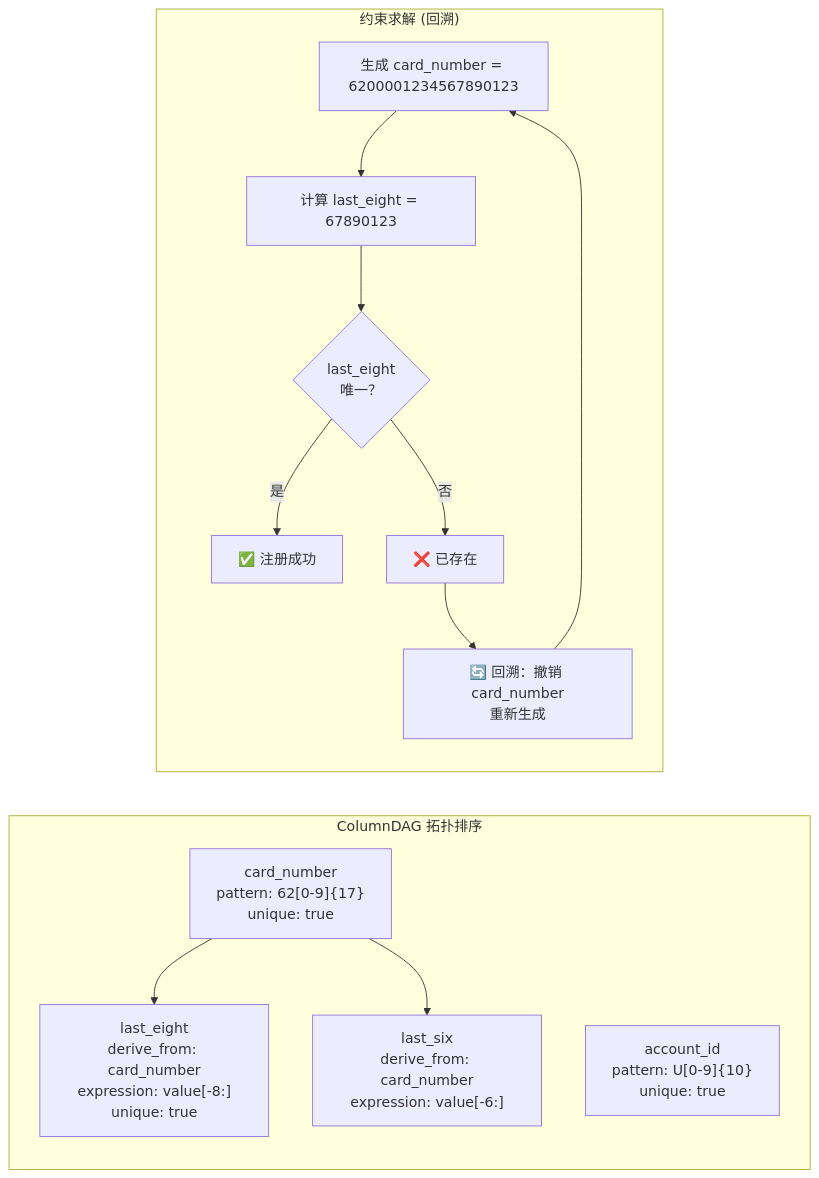
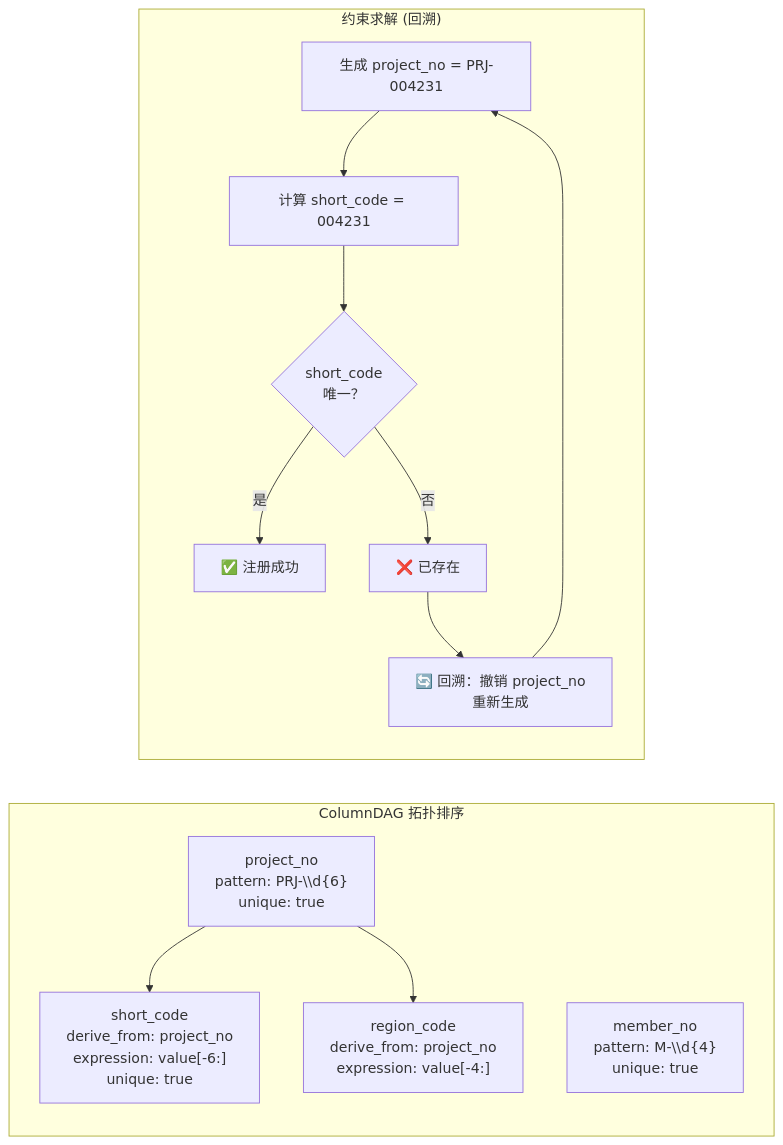
Before and after one commit to sunbos/sqlseed: the sixth of 10 diagrams in docs/architecture.zh-CN.md, drawn with Mermaid. The commit also changed other lines of this file and 5 other files, not shown here.

First line of the commit message:
docs: update changelog, architecture, README, and notebook tutorials

````diff
--- a/docs/architecture.zh-CN.md
+++ b/docs/architecture.zh-CN.md
@@ -391,26 +392,26 @@
 ```mermaid
 flowchart LR
     subgraph DAG["ColumnDAG 拓扑排序"]
-        card_number["card_number<br/>pattern: 62[0-9]{17}<br/>unique: true"]
-        CutCard4["last_eight<br/>derive_from: card_number<br/>expression: value[-8:]<br/>unique: true"]
-        CutCard3["last_six<br/>derive_from: card_number<br/>expression: value[-6:]"]
-        account_id["account_id<br/>pattern: U[0-9]{10}<br/>unique: true"]
+        project_no["project_no<br/>pattern: PRJ-\\d{6}<br/>unique: true"]
+        short_code_node["short_code<br/>derive_from: project_no<br/>expression: value[-6:]<br/>unique: true"]
+        region_code["region_code<br/>derive_from: project_no<br/>expression: value[-4:]"]
+        member_no["member_no<br/>pattern: M-\\d{4}<br/>unique: true"]
     end
 
-    card_number --> CutCard4
-    card_number --> CutCard3
+    project_no --> short_code_node
+    project_no --> region_code
 
     subgraph Backtrack["约束求解 (回溯)"]
         direction TB
-        Gen1["生成 card_number = 6200001234567890123"]
-        Derive1["计算 last_eight = 67890123"]
-        Check1{"last_eight<br/>唯一？"}
+        Gen1["生成 project_no = PRJ-004231"]
+        Derive1["计算 short_code = 004231"]
+        Check1{"short_code<br/>唯一？"}
         Success["✅ 注册成功"]
         Fail["❌ 已存在"]
-        BT["🔄 回溯：撤销 card_number<br/>重新生成"]
+        BT["🔄 回溯：撤销 project_no<br/>重新生成"]
 
         Gen1 --> Derive1 --> Check1
         Check1 -->|是| Success
         Check1 -->|否| Fail --> BT --> Gen1
     end
 ```
````
